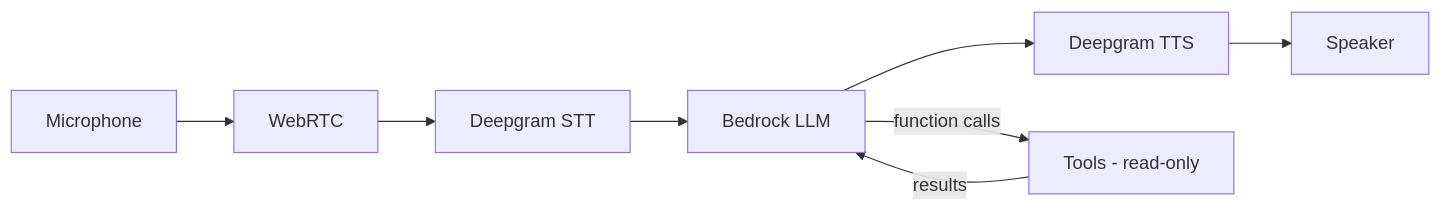
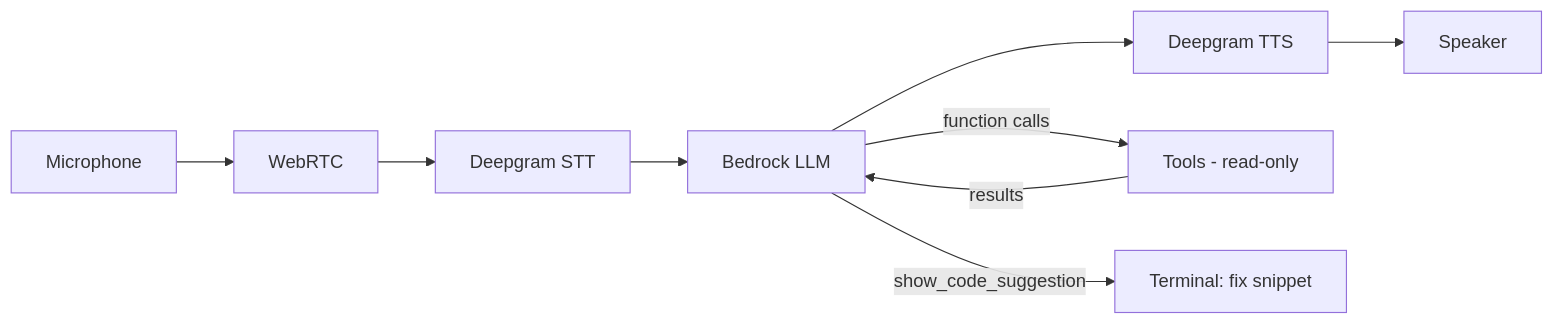
One commit to archive-of-deleted-repositories/wirjo__sample-apj-sup-sa changed the diagram in ai-coding-assistants/voice-pair-debugger/README.md. Above: the diagram before and after it, drawn with Mermaid. The commit also changed other lines of this file, not shown here.

First line of the commit message:
Add Deepgram and Bedrock links and show snippet path in README

````diff
--- a/ai-coding-assistants/voice-pair-debugger/README.md
+++ b/ai-coding-assistants/voice-pair-debugger/README.md
@@ -12,10 +12,11 @@
 ```mermaid
 graph LR
     MIC[Microphone] --> WRTC[WebRTC]
     WRTC --> STT[Deepgram STT]
     STT --> LLM[Bedrock LLM]
     LLM --> TTS[Deepgram TTS]
     TTS --> SPK[Speaker]
     LLM -->|function calls| TOOLS[Tools - read-only]
     TOOLS -->|results| LLM
+    LLM -->|show_code_suggestion| TERM[Terminal: fix snippet]
 ```
````
